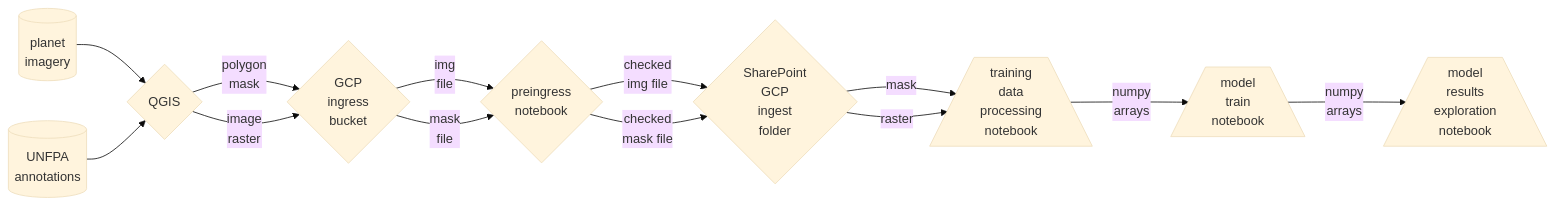
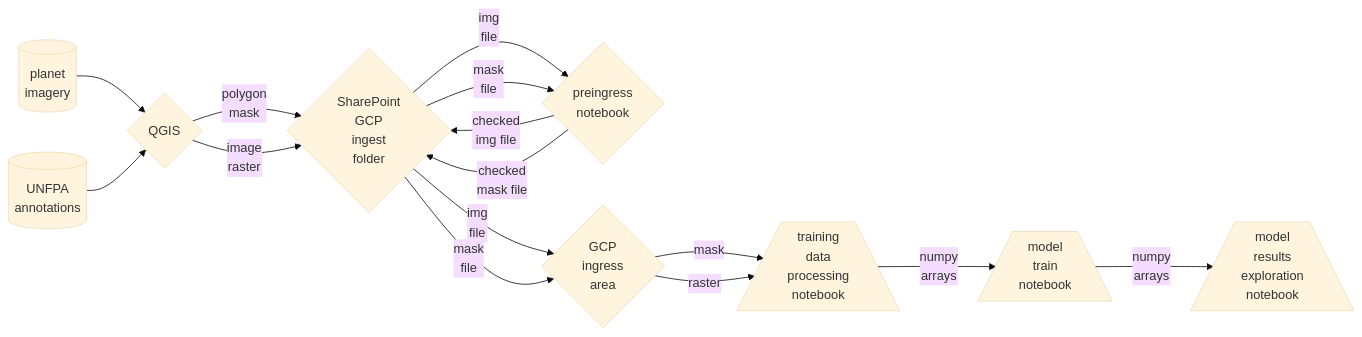
One commit to datasciencecampus/somalia_census_support_public_application changed the diagram in README.md. Above: the diagram before and after it, drawn with Mermaid (base theme).

Commit message:
Simplifying workflow code and updating

````diff
--- a/README.md
+++ b/README.md
@@ -26,15 +26,17 @@
 ```mermaid
 flowchart LR
-    id1[(planet<br>imagery)]-->id3{QGIS}
-    id2[(UNFPA<br>annotations)] -->id3{QGIS}
-    id3{QGIS}-->|polygon<br>mask|id5{GCP<br>ingress<br>bucket}
-    id3{QGIS}-->|image<br>raster|id5{GCP<br>ingress<br>bucket}
-    id5{GCP<br>ingress<br>bucket}-->|img<br>file|id6{preingress<br>notebook}
-    id5{GCP<br>ingress<br>bucket}-->|mask<br>file|id6{preingress<br>notebook}
-    id6{preingress<br>notebook}-->|checked<br>img file|id7{SharePoint<br>GCP<br>ingest<br>folder}
-    id6{preingress<br>notebook}-->|checked<br>mask file|id7{SharePoint<br>GCP<br>ingest<br>folder}
-    id7{SharePoint<br>GCP<br>ingest<br>folder}-->|mask|id8[/training<br>data<br>processing<br>notebook\]
-    id7{SharePoint<br>GCP<br>ingest<br>folder}-->|raster|id8[/training<br>data<br>processing<br>notebook\]
-    id8[/training<br>data<br>processing<br>notebook\]-->|numpy<br>arrays|id9[/model<br>train<br>notebook\]
-    id9[/model<br>train<br>notebook\]-->|numpy<br>arrays|id10[/model<br>results<br>exploration<br>notebook\]
+    imagery[(planet<br>imagery)]-->qgis{QGIS}
+    unfpa[(UNFPA<br>annotations)] -->qgis
+    qgis-->|polygon<br>mask|sharepoint{SharePoint<br>GCP<br>ingest<br>folder}
+    qgis-->|image<br>raster|sharepoint
+    sharepoint-->|img<br>file|preingress{preingress<br>notebook}
+    sharepoint-->|mask<br>file|preingress
+    preingress-->|checked<br>img file|sharepoint
+    preingress-->|checked<br>mask file|sharepoint
+    sharepoint-->|img<br>file|ingress{GCP<br>ingress<br>area}
+    sharepoint-->|mask<br>file|ingress
+    ingress-->|mask|processing[/training<br>data<br>processing<br>notebook\]
+    ingress-->|raster|processing
+    processing-->|numpy<br>arrays|train[/model<br>train<br>notebook\]
+    train-->|numpy<br>arrays|results[/model<br>results<br>exploration<br>notebook\]
 ```
````
